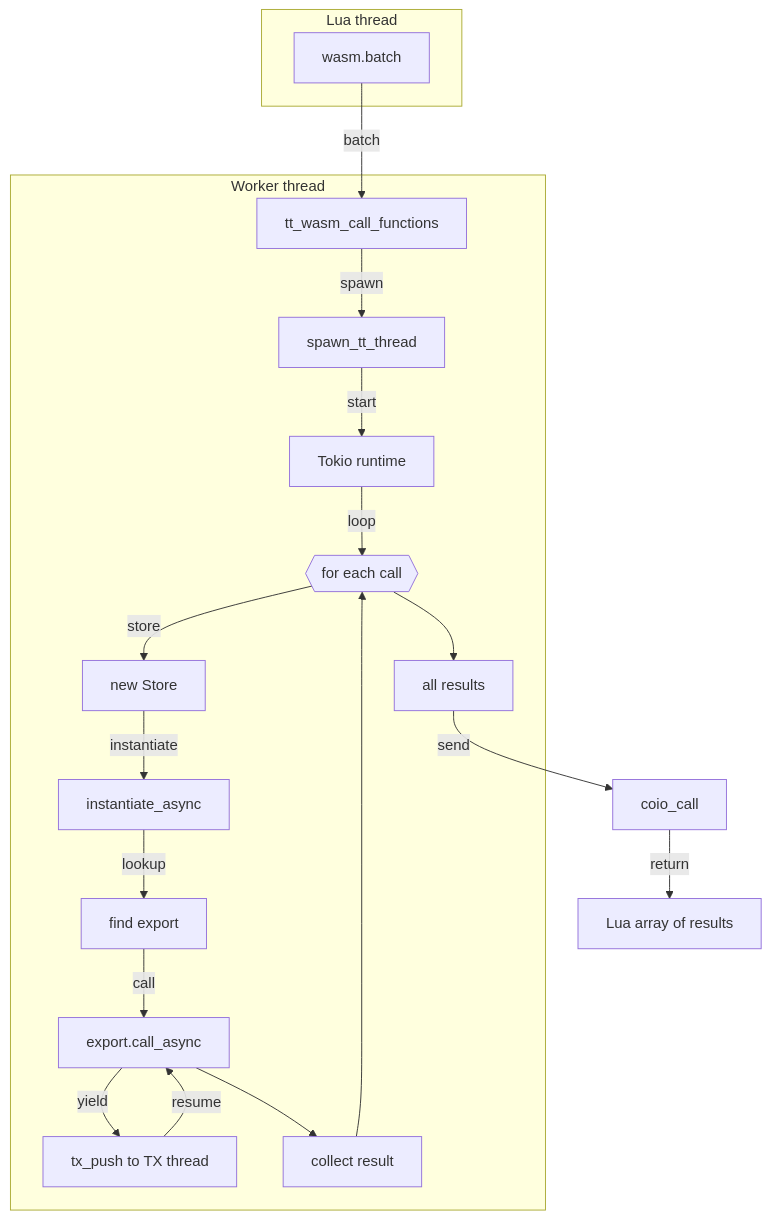
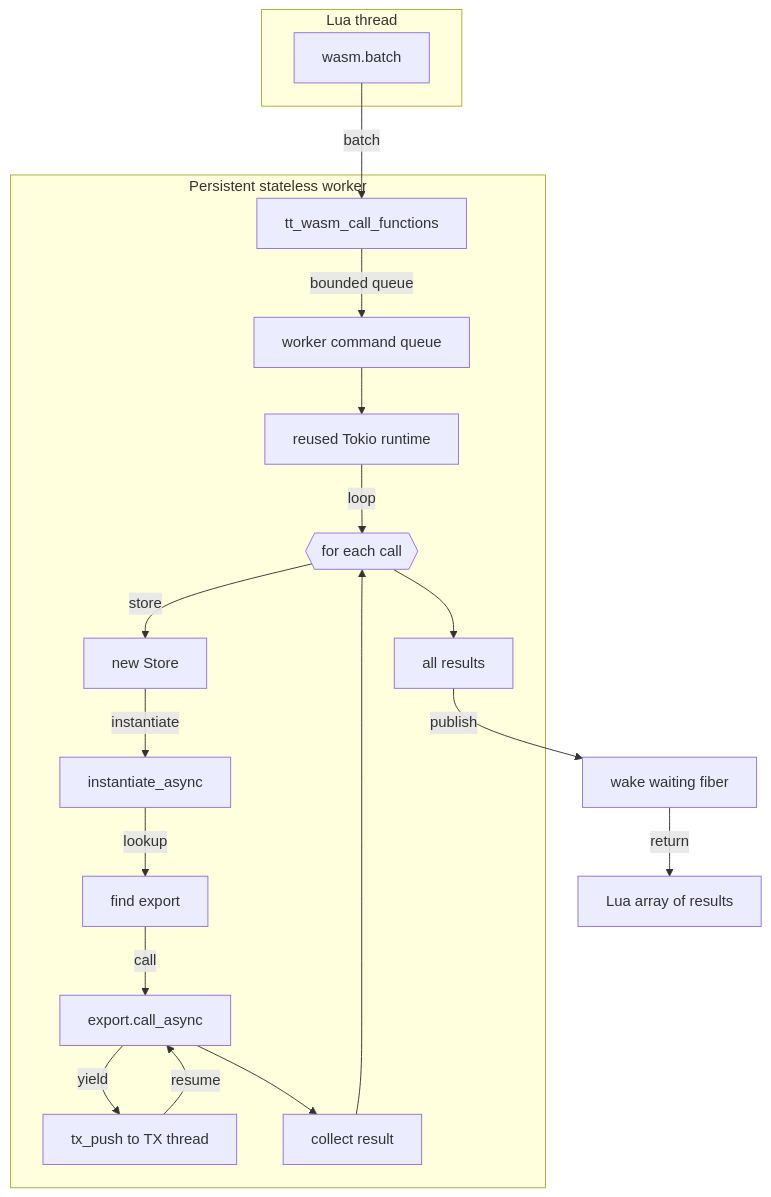
One commit to tarantool/tarantool-wasm-rs changed the fifth of 5 diagrams in docs/wasm_component.md. Above: the diagram before and after it, drawn with Mermaid. The commit also changed other lines of this file and 12 other files, not shown here.

Commit message:
perf(runtime): reuse stateless worker threads

````diff
--- a/docs/wasm_component.md
+++ b/docs/wasm_component.md
@@ -295,26 +306,26 @@
 ```mermaid
 flowchart TD
     subgraph Lua thread
         LB[wasm.batch]
     end
 
     LB -- batch --> FB[tt_wasm_call_functions]
 
-    subgraph Worker thread
-        FB -- spawn --> ST[spawn_tt_thread]
-        ST -- start --> TR[Tokio runtime]
+    subgraph Persistent stateless worker
+        FB -- bounded queue --> Queue[worker command queue]
+        Queue --> TR[reused Tokio runtime]
         TR -- loop --> Loop{{for each call}}
         Loop -- store --> BS[new Store]
         BS -- instantiate --> BI[instantiate_async]
         BI -- lookup --> BFind[find export]
         BFind -- call --> BCall[export.call_async]
         BCall -->|yield| TX[tx_push to TX thread]
         TX -->|resume| BCall
         BCall --> Collect[collect result]
         Collect --> Loop
         Loop --> BDone[all results]
     end
 
-    BDone -- send --> CoioBatch[coio_call]
-    CoioBatch -- return --> ReturnBatch[Lua array of results]
+    BDone -- publish --> WakeBatch[wake waiting fiber]
+    WakeBatch -- return --> ReturnBatch[Lua array of results]
 ```
````
